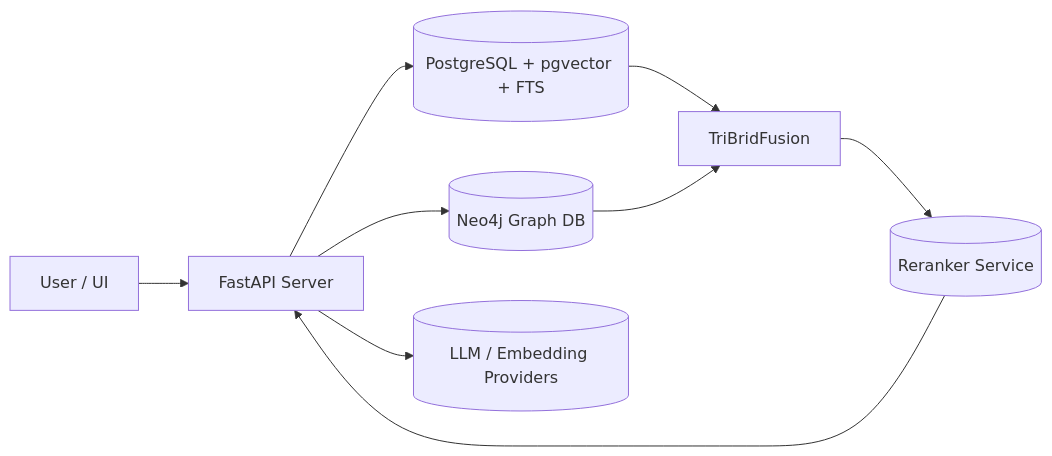
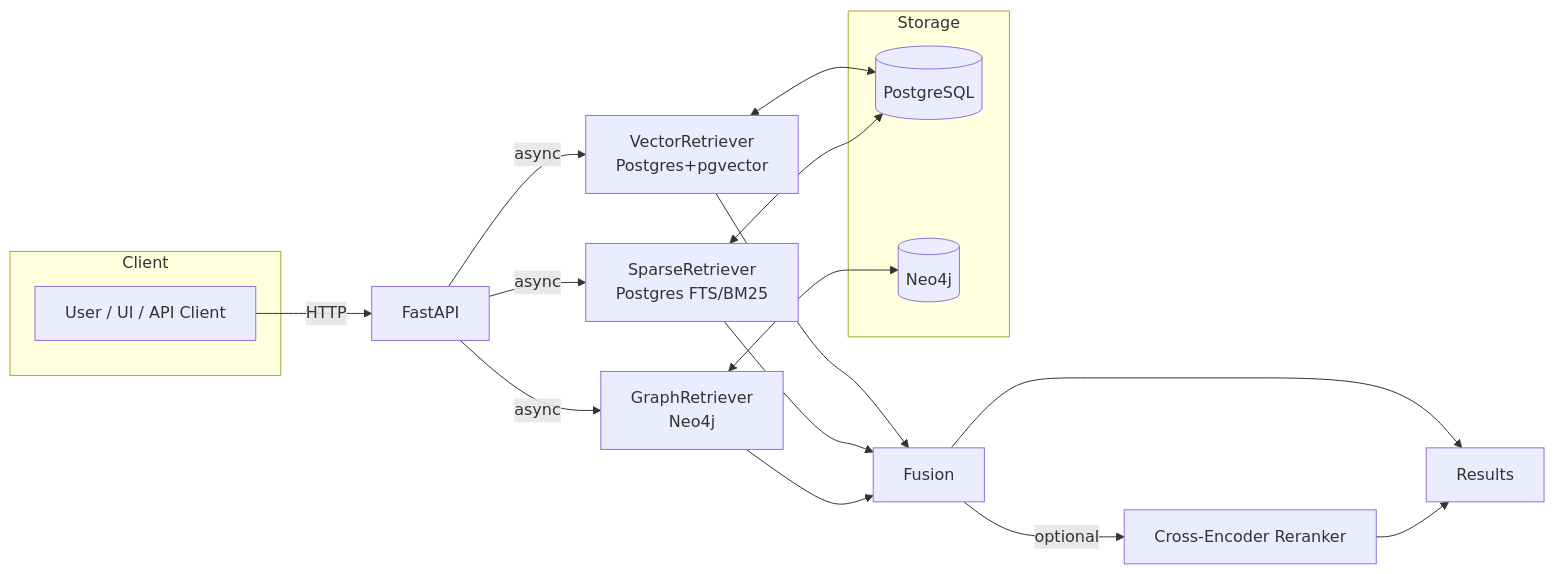
One commit to DMontgomery40/ragweld changed the first of 2 diagrams in mkdocs/docs/architecture.md. Above: the diagram before and after it, drawn with Mermaid. The commit also changed other lines of this file and 92 other files, not shown here.

````diff
--- a/mkdocs/docs/architecture.md
+++ b/mkdocs/docs/architecture.md
@@ -39,11 +58,28 @@
 ```mermaid
 flowchart LR
-    User[User / UI] --> API[FastAPI Server]
-    API --> Postgres[(PostgreSQL + pgvector + FTS)]
-    API --> Neo4j[(Neo4j Graph DB)]
-    API --> Models[(LLM / Embedding Providers)]
-    Postgres --> Fusion[TriBridFusion]
-    Neo4j --> Fusion
-    Fusion --> Reranker[(Reranker Service)]
-    Reranker --> API
+    subgraph Client
+      U[User / UI / API Client]
+    end
+
+    U -->|HTTP| A[FastAPI]
+    A -->|async| V[VectorRetriever\nPostgres+pgvector]
+    A -->|async| S[SparseRetriever\nPostgres FTS/BM25]
+    A -->|async| G[GraphRetriever\nNeo4j]
+
+    V --> F[Fusion]
+    S --> F
+    G --> F
+
+    F -->|optional| R[Cross-Encoder Reranker]
+    F --> O[Results]
+    R --> O
+
+    subgraph Storage
+      P[(PostgreSQL)]
+      N[(Neo4j)]
+    end
+
+    V <--> P
+    S <--> P
+    G <--> N
 ```
````
